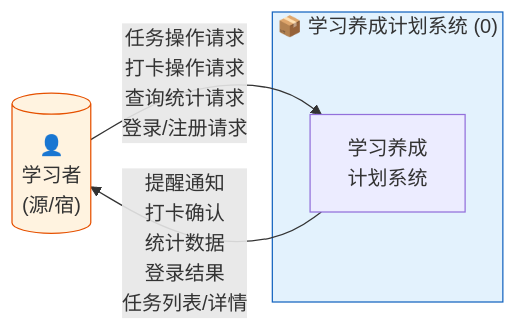
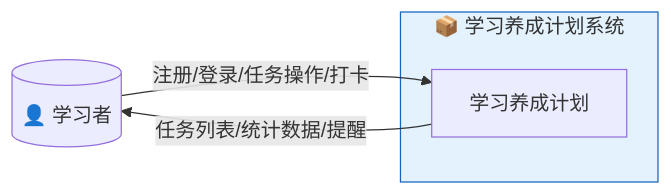
One commit to TonyzzZ666/Study-Agent changed the third of 7 diagrams in 需求报告.md. Above: the diagram before and after it, drawn with Mermaid. The commit also changed other lines of this file and 3 other files, not shown here.

````diff
--- a/需求报告.md
+++ b/需求报告.md
@@ -225,14 +100,10 @@
 ```mermaid
 flowchart LR
-    User[("👤<br/>学习者<br/>(源/宿)")]
-
-    subgraph System["📦 学习养成计划系统 (0)"]
-        Main["学习养成<br/>计划系统"]
+    User[("👤 学习者")]
+    subgraph System["📦 学习养成计划系统"]
+        Main["学习养成计划"]
     end
-
-    User -->|"任务操作请求<br/>打卡操作请求<br/>查询统计请求<br/>登录/注册请求"| Main
-    Main -->|"提醒通知<br/>打卡确认<br/>统计数据<br/>登录结果<br/>任务列表/详情"| User
-
+    User -->|"注册/登录/任务操作/打卡"| Main
+    Main -->|"任务列表/统计数据/提醒"| User
     style System fill:#e3f2fd,stroke:#1565c0
-    style User fill:#fff3e0,stroke:#e65100
 ```
````
